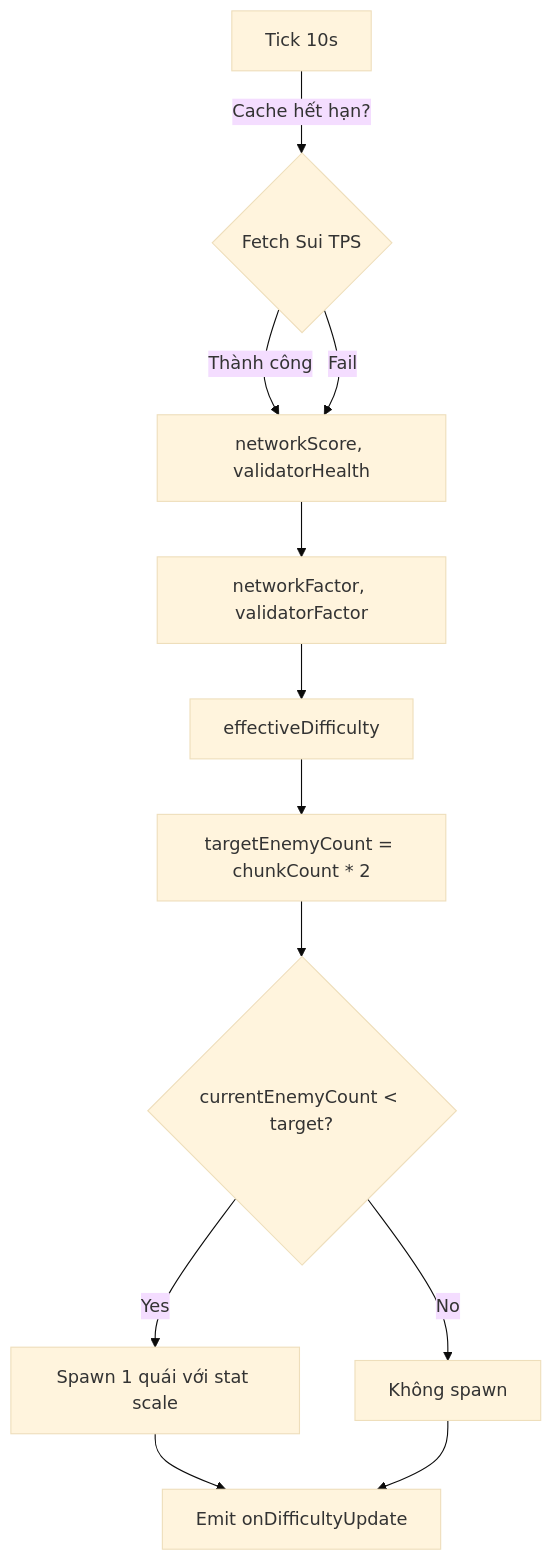
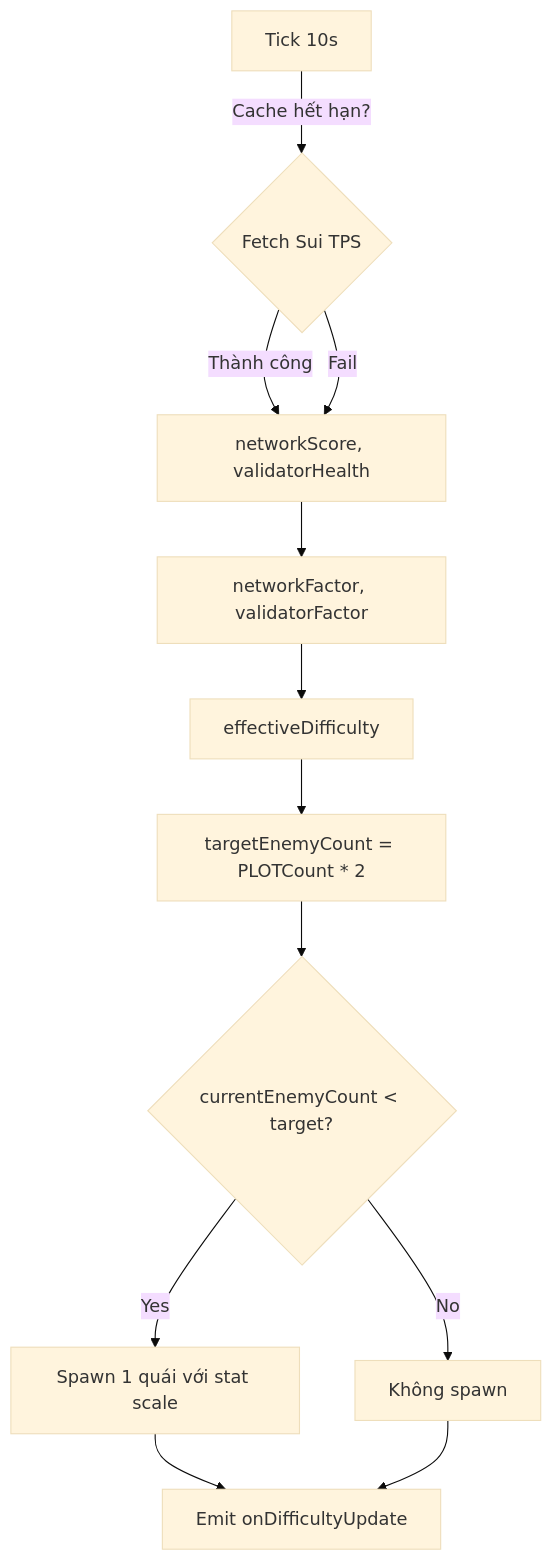
The diagram in docs/ENEMY_SYSTEM.md (helloquocbao/voidia_world), drawn with Mermaid (base theme) before and after one commit. The commit also changed other lines of this file and 37 other files, not shown here.

````diff
--- a/docs/ENEMY_SYSTEM.md
+++ b/docs/ENEMY_SYSTEM.md
@@ -30,14 +30,14 @@
 ```mermaid
 flowchart TD
     A[Tick 10s] -->|Cache hết hạn?| B{Fetch Sui TPS}
     B -->|Thành công| C[networkScore, validatorHealth]
     B -->|Fail| C
     C --> D[networkFactor, validatorFactor]
     D --> E[effectiveDifficulty]
-    E --> F[targetEnemyCount = chunkCount * 2]
+    E --> F[targetEnemyCount = PLOTCount * 2]
     F --> G{currentEnemyCount < target?}
     G -->|Yes| H[Spawn 1 quái với stat scale]
     G -->|No| I[Không spawn]
     H --> J[Emit onDifficultyUpdate]
     I --> J
 ```
````
